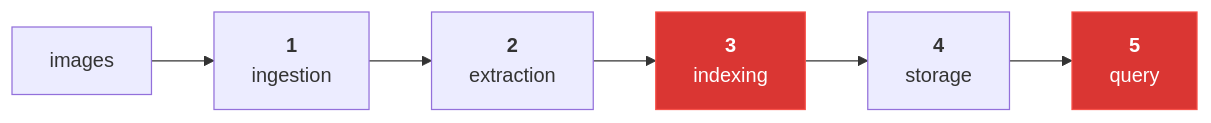
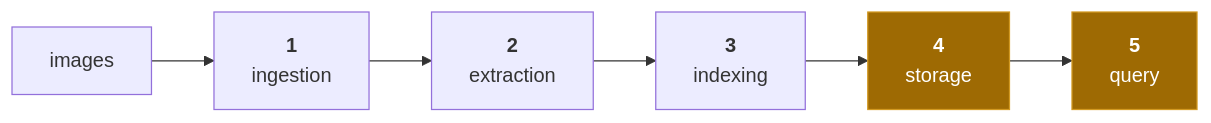
One commit to Bissbert/cookingRAG changed the diagram in docs/README.md. Above: the diagram before and after it, drawn with Mermaid. The commit also changed other lines of this file and 11 other files, not shown here.

````diff
--- a/docs/README.md
+++ b/docs/README.md
@@ -25,11 +24,11 @@
 ```mermaid
 flowchart LR
     A["images"] --> B["<b>1</b><br/>ingestion"]
     B --> C["<b>2</b><br/>extraction"]
     C --> D["<b>3</b><br/>indexing"]
     D --> E["<b>4</b><br/>storage"]
     E --> F["<b>5</b><br/>query"]
 
-    style D fill:#da3633,stroke:#f85149,color:#fff
-    style F fill:#da3633,stroke:#f85149,color:#fff
+    style E fill:#9e6a03,stroke:#d29922,color:#fff
+    style F fill:#9e6a03,stroke:#d29922,color:#fff
 ```
````
